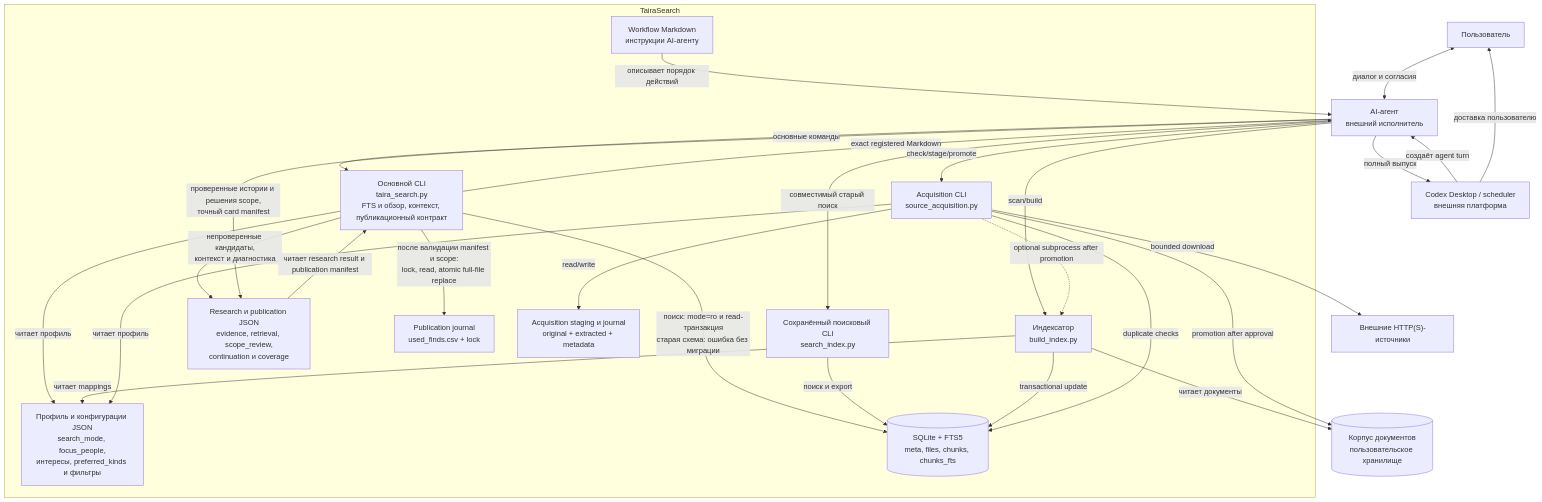
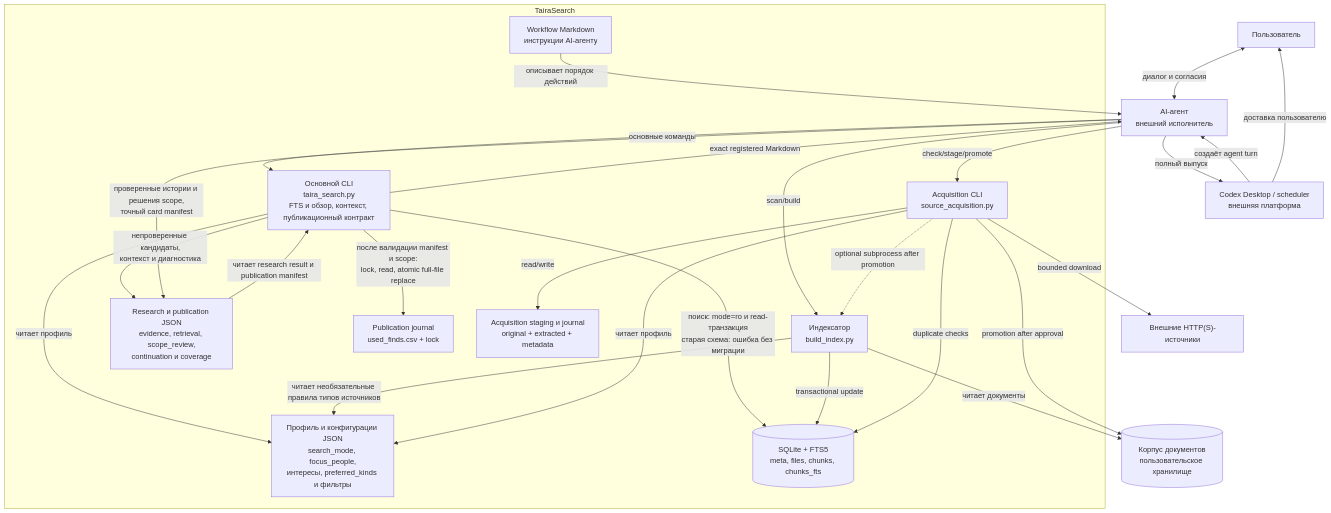
One commit to Shellyspike/TairaSearch changed the second of 3 diagrams in docs/analysis/architecture.ru.md. Above: the diagram before and after it, drawn with Mermaid. The commit also changed other lines of this file and 44 other files, not shown here.

````diff
--- a/docs/analysis/architecture.ru.md
+++ b/docs/analysis/architecture.ru.md
@@ -85,54 +85,51 @@
 ```mermaid
 flowchart TB
     user["Пользователь"]
     agent["AI-агент<br/>внешний исполнитель"]
     platform["Codex Desktop / scheduler<br/>внешняя платформа"]
     web["Внешние HTTP(S)-источники"]
     corpus[("Корпус документов<br/>пользовательское хранилище")]
 
     subgraph ts["TairaSearch"]
         maincli["Основной CLI<br/>taira_search.py<br/>FTS и обзор, контекст, публикационный контракт"]
-        legacycli["Сохранённый поисковый CLI<br/>search_index.py"]
         indexer["Индексатор<br/>build_index.py"]
         acquisition["Acquisition CLI<br/>source_acquisition.py"]
         workflow["Workflow Markdown<br/>инструкции AI-агенту"]
 
         config["Профиль и конфигурации JSON<br/>search_mode, focus_people,<br/>интересы, preferred_kinds и фильтры"]
         work["Research и publication JSON<br/>evidence, retrieval, scope_review,<br/>continuation и coverage"]
         journal["Publication journal<br/>used_finds.csv + lock"]
         staging["Acquisition staging и journal<br/>original + extracted + metadata"]
         db[("SQLite + FTS5<br/>meta, files, chunks, chunks_fts")]
     end
 
     platform -->|"создаёт agent turn"| agent
     workflow -->|"описывает порядок действий"| agent
     user <-->|"диалог и согласия"| agent
 
     agent -->|"основные команды"| maincli
-    agent -->|"совместимый старый поиск"| legacycli
     agent -->|"scan/build"| indexer
     agent -->|"check/stage/promote"| acquisition
 
     maincli -->|"читает профиль"| config
     maincli -->|"поиск: mode=ro и read-транзакция<br/>старая схема: ошибка без миграции"| db
     maincli -->|"непроверенные кандидаты,<br/>контекст и диагностика"| work
     work -->|"читает research result и publication manifest"| maincli
     maincli -->|"после валидации manifest и scope:<br/>lock, read, atomic full-file replace"| journal
-    legacycli -->|"поиск и export"| db
 
     indexer -->|"читает документы"| corpus
     indexer -->|"transactional update"| db
-    indexer -->|"читает mappings"| config
+    indexer -->|"читает необязательные правила типов источников"| config
 
     acquisition -->|"bounded download"| web
     acquisition -->|"read/write"| staging
     acquisition -->|"читает профиль"| config
     acquisition -->|"duplicate checks"| db
     acquisition -->|"promotion after approval"| corpus
     acquisition -.->|"optional subprocess after promotion"| indexer
 
     agent -->|"проверенные истории и решения scope,<br/>точный card manifest"| work
     maincli -->|"exact registered Markdown"| agent
     agent -->|"полный выпуск"| platform
     platform -->|"доставка пользователю"| user
 ```
````
